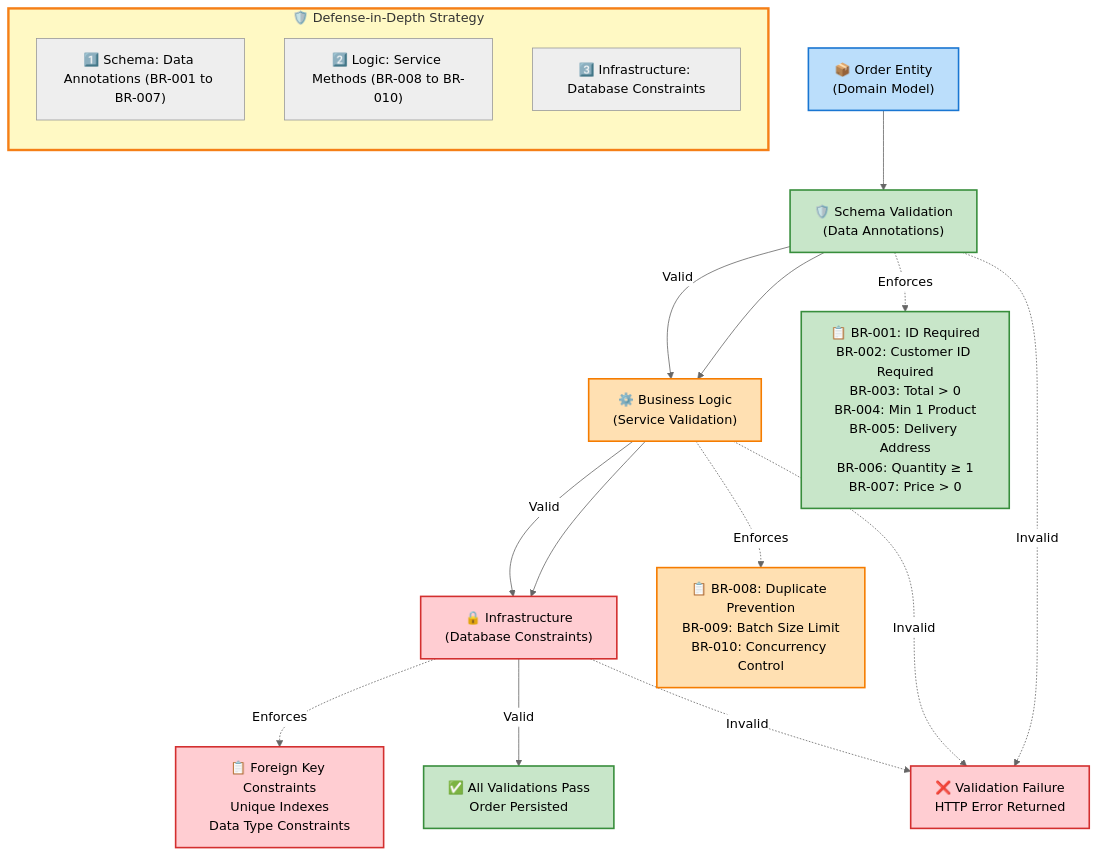
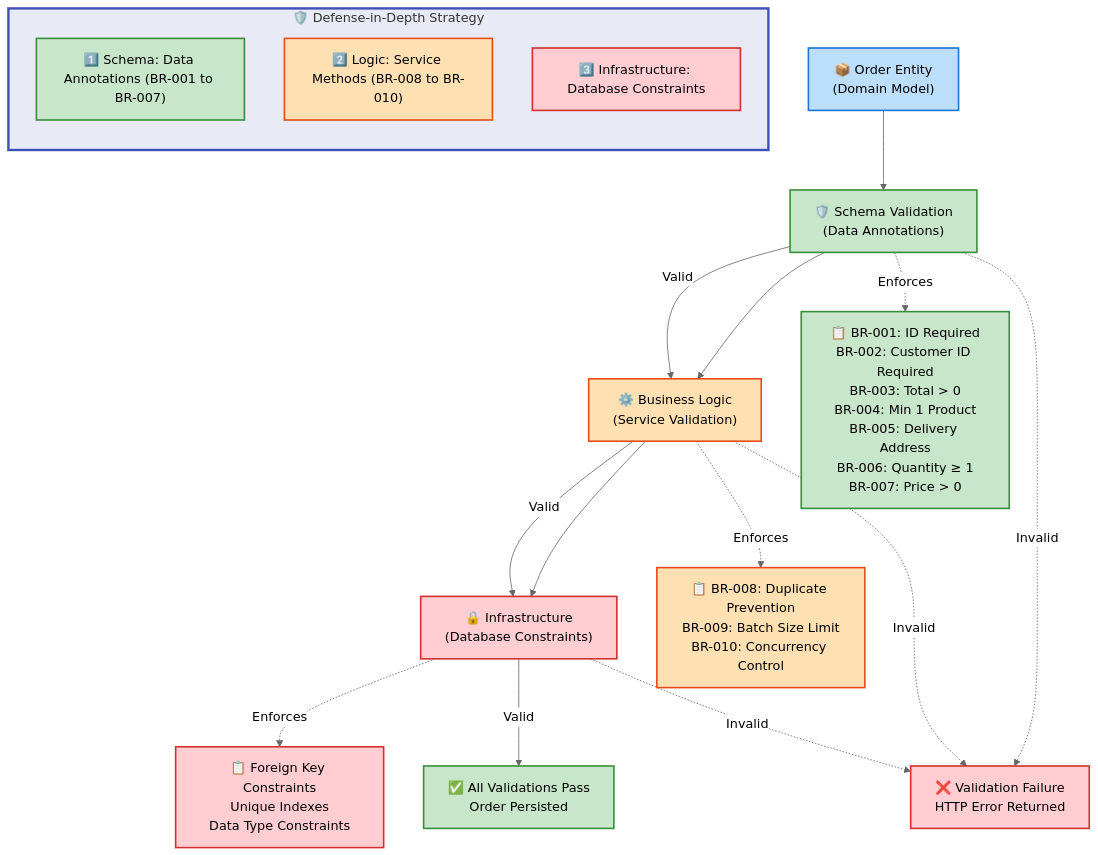
One commit to Evilazaro/Azure-LogicApps-Monitoring changed the fifth of 6 diagrams in docs/architecture/business-architecture.md. Above: the diagram before and after it, drawn with Mermaid (neutral theme).

Commit message:
docs: update color scheme and accessibility features in business architecture diagrams

````diff
--- a/docs/architecture/business-architecture.md
+++ b/docs/architecture/business-architecture.md
@@ -1086,50 +1086,68 @@
 ```mermaid
 flowchart TB
     accTitle: Business Rules Enforcement Architecture
     accDescr: Shows multi-layered defense-in-depth validation strategy with rule enforcement at schema, logic, and infrastructure layers
 
+    %% ============================================
+    %% STANDARD COLOR SCHEME v2.1
+    %% ============================================
+    classDef level1Group fill:#E8EAF6,stroke:#3F51B5,stroke-width:3px,color:#000
+    classDef level2Group fill:#C5CAE9,stroke:#3F51B5,stroke-width:2px,color:#000
+    classDef level3Group fill:#9FA8DA,stroke:#3F51B5,stroke-width:2px,color:#000
+    classDef level4Group fill:#7986CB,stroke:#3F51B5,stroke-width:1px,color:#000
+    classDef mainGroup fill:#E8EAF6,stroke:#3F51B5,stroke-width:3px,color:#000
+    classDef subGroup fill:#C5CAE9,stroke:#3F51B5,stroke-width:2px,color:#000
     classDef mdBlue fill:#BBDEFB,stroke:#1976D2,stroke-width:2px,color:#000
     classDef mdGreen fill:#C8E6C9,stroke:#388E3C,stroke-width:2px,color:#000
-    classDef mdOrange fill:#FFE0B2,stroke:#F57C00,stroke-width:2px,color:#000
+    classDef mdYellow fill:#FFF9C4,stroke:#F57F17,stroke-width:2px,color:#000
     classDef mdRed fill:#FFCDD2,stroke:#D32F2F,stroke-width:2px,color:#000
+    classDef mdOrange fill:#FFE0B2,stroke:#E64A19,stroke-width:2px,color:#000
+    classDef mdPurple fill:#E1BEE7,stroke:#7B1FA2,stroke-width:2px,color:#000
+    classDef mdTeal fill:#B2DFDB,stroke:#00796B,stroke-width:2px,color:#000
+    classDef mdGrey fill:#F5F5F5,stroke:#616161,stroke-width:2px,color:#000
 
     order["📦 Order Entity<br/>(Domain Model)"]:::mdBlue
 
     layer1["🛡️ Schema Validation<br/>(Data Annotations)"]:::mdGreen
     layer2["⚙️ Business Logic<br/>(Service Validation)"]:::mdOrange
     layer3["🔒 Infrastructure<br/>(Database Constraints)"]:::mdRed
 
     br_schema["📋 BR-001: ID Required<br/>BR-002: Customer ID Required<br/>BR-003: Total > 0<br/>BR-004: Min 1 Product<br/>BR-005: Delivery Address<br/>BR-006: Quantity ≥ 1<br/>BR-007: Price > 0"]:::mdGreen
 
     br_logic["📋 BR-008: Duplicate Prevention<br/>BR-009: Batch Size Limit<br/>BR-010: Concurrency Control"]:::mdOrange
 
     br_infra["📋 Foreign Key Constraints<br/>Unique Indexes<br/>Data Type Constraints"]:::mdRed
 
     order --> layer1
     layer1 --> layer2
     layer2 --> layer3
 
     layer1 -.->|"Enforces"| br_schema
     layer2 -.->|"Enforces"| br_logic
     layer3 -.->|"Enforces"| br_infra
 
     pass["✅ All Validations Pass<br/>Order Persisted"]:::mdGreen
     fail["❌ Validation Failure<br/>HTTP Error Returned"]:::mdRed
 
     layer1 -->|"Valid"| layer2
     layer2 -->|"Valid"| layer3
     layer3 -->|"Valid"| pass
 
     layer1 -.->|"Invalid"| fail
     layer2 -.->|"Invalid"| fail
     layer3 -.->|"Invalid"| fail
 
     subgraph legend["🛡️ Defense-in-Depth Strategy"]
         direction TB
-        e1["1️⃣ Schema: Data Annotations (BR-001 to BR-007)"]
-        e2["2️⃣ Logic: Service Methods (BR-008 to BR-010)"]
-        e3["3️⃣ Infrastructure: Database Constraints"]
+        e1["1️⃣ Schema: Data Annotations (BR-001 to BR-007)"]:::mdGreen
+        e2["2️⃣ Logic: Service Methods (BR-008 to BR-010)"]:::mdOrange
+        e3["3️⃣ Infrastructure: Database Constraints"]:::mdRed
     end
 
-    style legend fill:#FFF9C4,stroke:#F57F17,stroke-width:3px
+    %% ============================================
+    %% SUBGRAPH STYLING (1 subgraph = 1 style directive)
+    %% ============================================
+    style legend fill:#E8EAF6,stroke:#3F51B5,stroke-width:3px
+
+    %% Accessibility: WCAG AA verified (4.5:1 contrast ratio)
 ```
````
